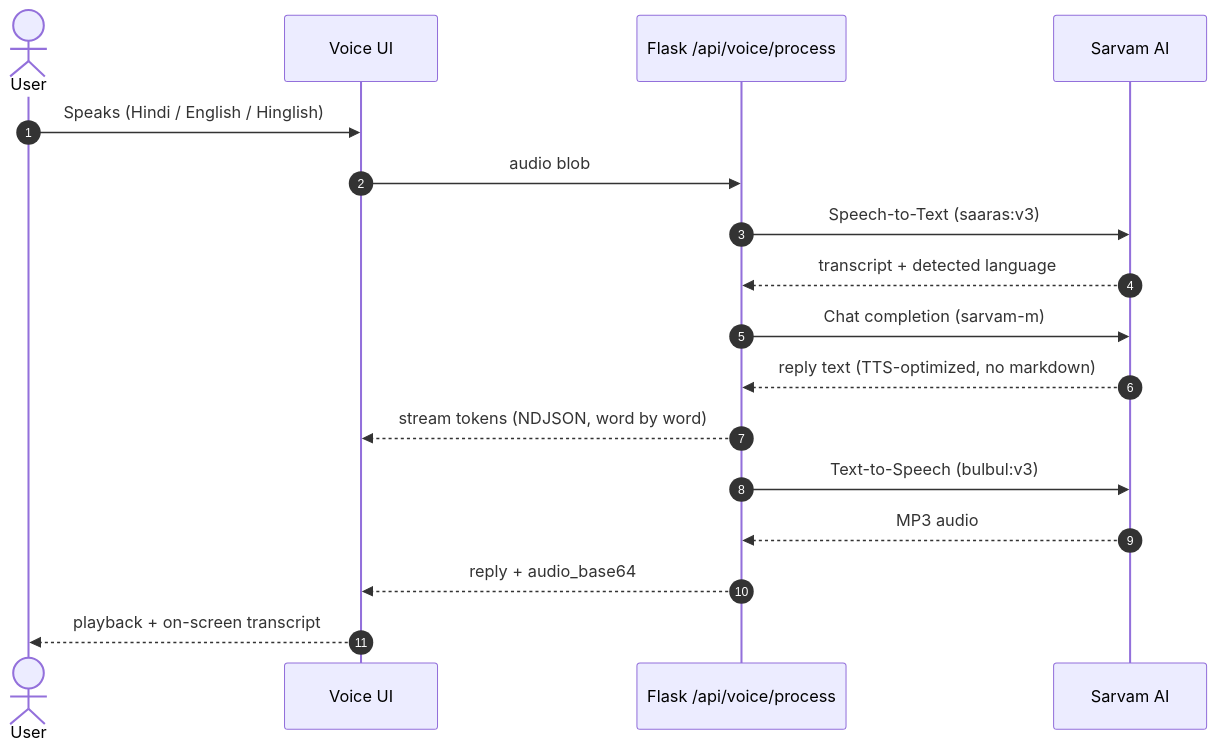
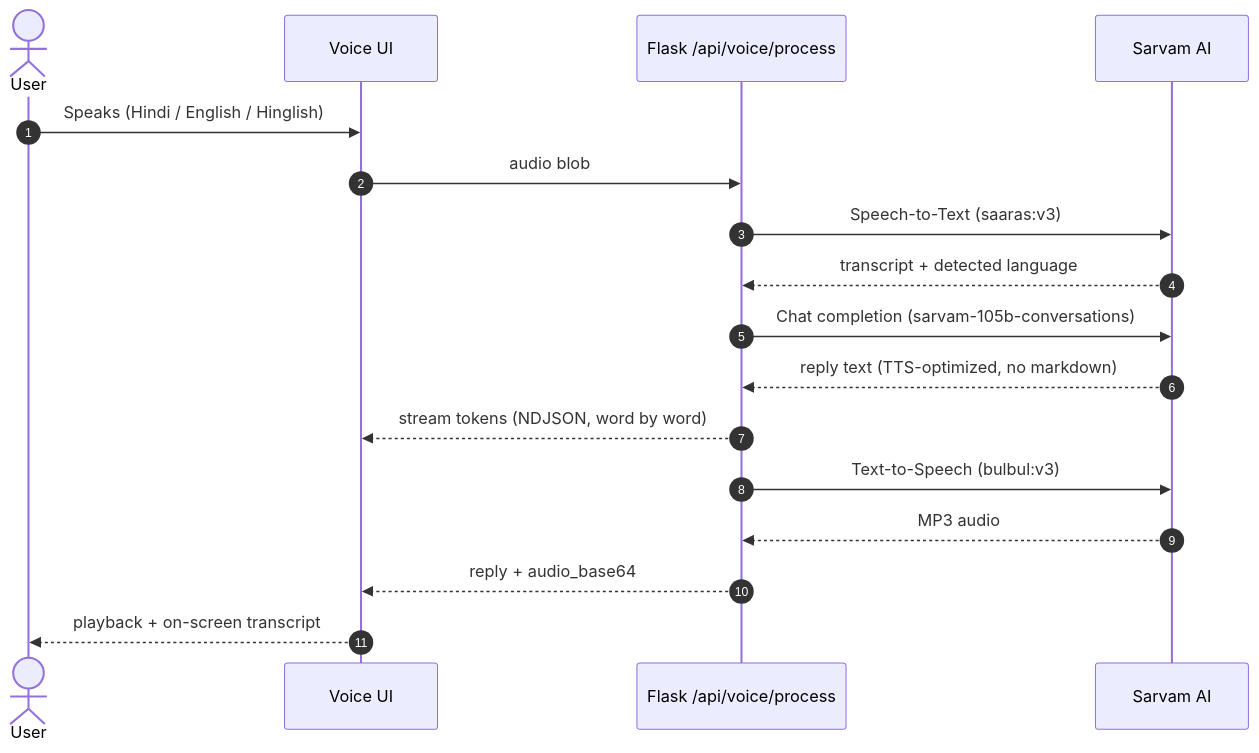
Before and after one commit to rishabhverma007/VISION-FIT-AI: the sixth of 10 diagrams in README.md, drawn with Mermaid. The commit also changed other lines of this file and 5 other files, not shown here.

````diff
--- a/README.md
+++ b/README.md
@@ -323,20 +323,20 @@
 ```mermaid
 sequenceDiagram
     autonumber
     actor U as User
     participant W as Voice UI
     participant F as Flask /api/voice/process
     participant SV as Sarvam AI
 
     U->>W: Speaks (Hindi / English / Hinglish)
     W->>F: audio blob
     F->>SV: Speech-to-Text (saaras:v3)
     SV-->>F: transcript + detected language
-    F->>SV: Chat completion (sarvam-m)
+    F->>SV: Chat completion (sarvam-105b-conversations)
     SV-->>F: reply text (TTS-optimized, no markdown)
     F-->>W: stream tokens (NDJSON, word by word)
     F->>SV: Text-to-Speech (bulbul:v3)
     SV-->>F: MP3 audio
     F-->>W: reply + audio_base64
     W-->>U: playback + on-screen transcript
 ```
````
